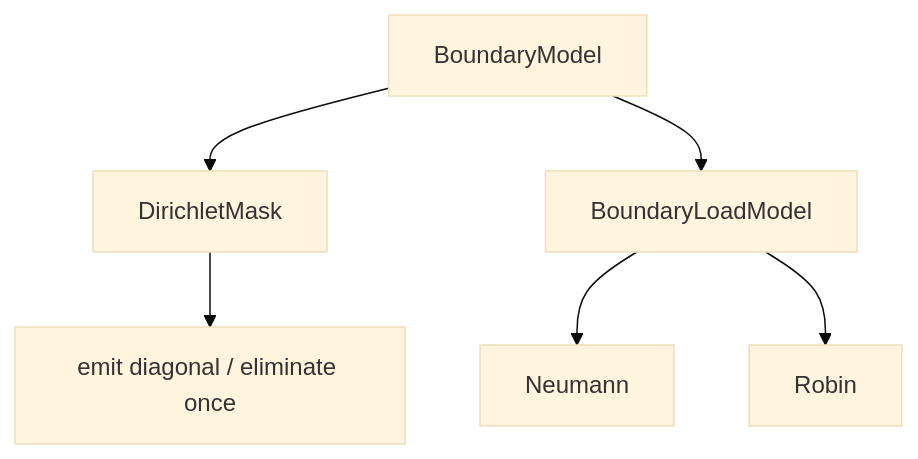
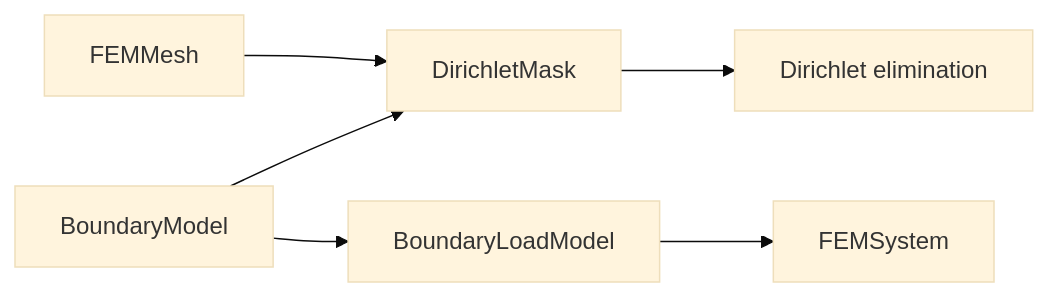
One commit to anshelino0606/DelaunayForge changed the fourth of 6 diagrams in src/math/ARCHITECTURE.md. Above: the diagram before and after it, drawn with Mermaid (base theme). The commit also changed other lines of this file and 64 other files, not shown here.

````diff
--- a/src/math/ARCHITECTURE.md
+++ b/src/math/ARCHITECTURE.md
@@ -43,8 +34,8 @@
 ```mermaid
-flowchart TD
-    BoundaryModel --> Mask[DirichletMask]
-    Mask --> Assembly[emit diagonal / eliminate once]
-    BoundaryModel --> Natural[BoundaryLoadModel]
-    Natural --> Neumann
-    Natural --> Robin
+flowchart LR
+    M[FEMMesh] --> DM[DirichletMask]
+    BM[BoundaryModel] --> DM
+    BM --> BL[BoundaryLoadModel]
+    DM --> E[Dirichlet elimination]
+    BL --> SYS[FEMSystem]
 ```
````
